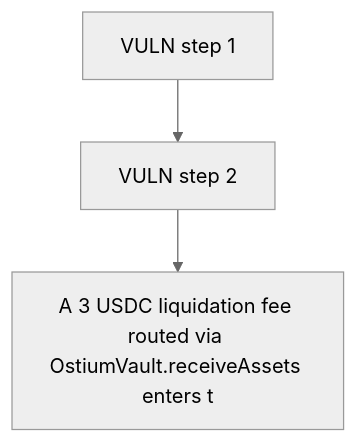
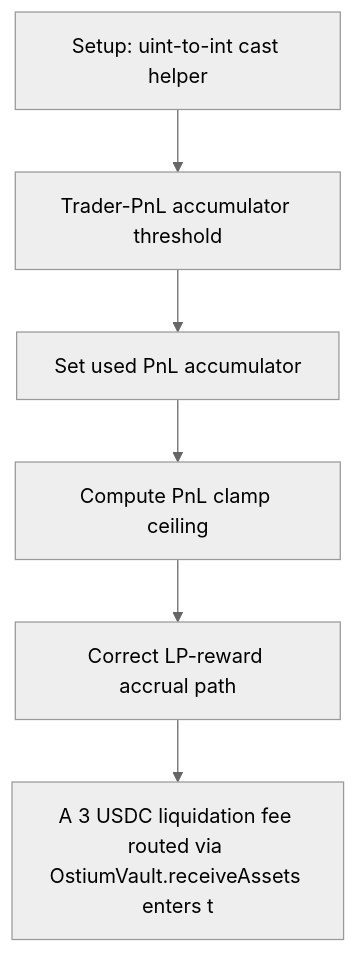
One commit to sanbir/evm-hack-registry changed the diagram in 65201-h-03-lp-providers-will-not-get-liquidation-fee-most-times-pa_exp/65201-h-03-lp-providers-will-not-get-liquidation-fee-most-times-pa_exp.md. Above: the diagram before and after it, drawn with Mermaid (neutral theme). The commit also changed other lines of this file and 79 other files, not shown here.

````diff
--- a/65201-h-03-lp-providers-will-not-get-liquidation-fee-most-times-pa_exp/65201-h-03-lp-providers-will-not-get-liquidation-fee-most-times-pa_exp.md
+++ b/65201-h-03-lp-providers-will-not-get-liquidation-fee-most-times-pa_exp/65201-h-03-lp-providers-will-not-get-liquidation-fee-most-times-pa_exp.md
@@ -28,8 +28,14 @@
 ```mermaid
 flowchart TD
-  S0["VULN step 1"]
-  S1["VULN step 2"]
+  S0["Setup: uint-to-int cast helper"]
+  S1["Trader-PnL accumulator threshold"]
+  S2["Set used PnL accumulator"]
+  S3["Compute PnL clamp ceiling"]
+  S4["Correct LP-reward accrual path"]
   H["A 3 USDC liquidation fee routed via OstiumVault.receiveAssets enters t"]
   S0 --> S1
-  S1 --> H
+  S1 --> S2
+  S2 --> S3
+  S3 --> S4
+  S4 --> H
 ```
````
